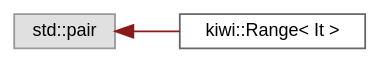
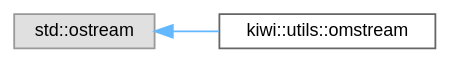
Before and after one commit to bab2min/Kiwi: the diagram in inherit_graph_139.dot, drawn with Graphviz. The commit also changed 89 other files, not shown here.

```diff
--- a/inherit_graph_139.dot
+++ b/inherit_graph_139.dot
@@ -1,11 +1,11 @@
 digraph "Graphical Class Hierarchy"
 {
  // LATEX_PDF_SIZE
   bgcolor="transparent";
   edge [fontname=Helvetica,fontsize=10,labelfontname=Helvetica,labelfontsize=10];
   node [fontname=Helvetica,fontsize=10,shape=box,height=0.2,width=0.4];
   rankdir="LR";
-  Node0 [id="Node000000",label="std::pair",height=0.2,width=0.4,color="grey60", fillcolor="#E0E0E0", style="filled",tooltip=" "];
-  Node0 -> Node1 [id="edge24_Node000000_Node000001",dir="back",color="firebrick4",style="solid",tooltip=" "];
-  Node1 [id="Node000001",label="kiwi::Range\< It \>",height=0.2,width=0.4,color="grey40", fillcolor="white", style="filled",URL="$classkiwi_1_1Range.html",tooltip=" "];
+  Node0 [id="Node000000",label="std::ostream",height=0.2,width=0.4,color="grey60", fillcolor="#E0E0E0", style="filled",tooltip=" "];
+  Node0 -> Node1 [id="edge23_Node000000_Node000001",dir="back",color="steelblue1",style="solid",tooltip=" "];
+  Node1 [id="Node000001",label="kiwi::utils::omstream",height=0.2,width=0.4,color="grey40", fillcolor="white", style="filled",URL="$classkiwi_1_1utils_1_1omstream.html",tooltip=" "];
 }
```
